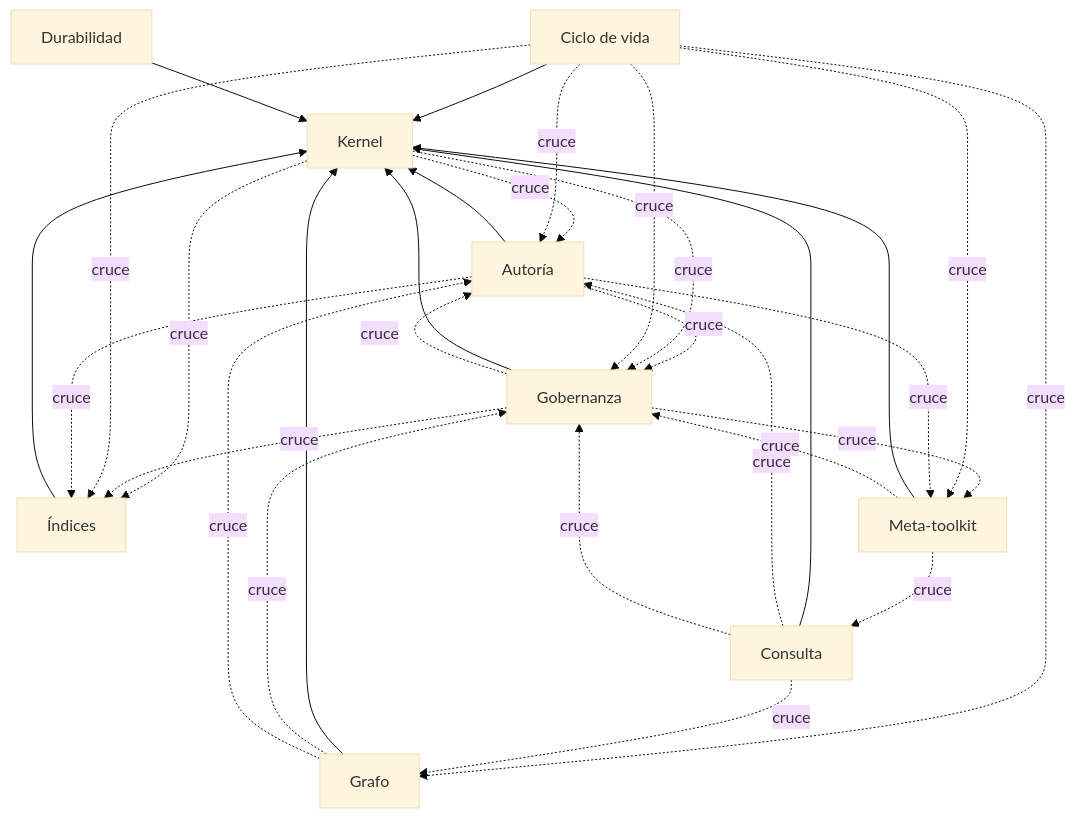
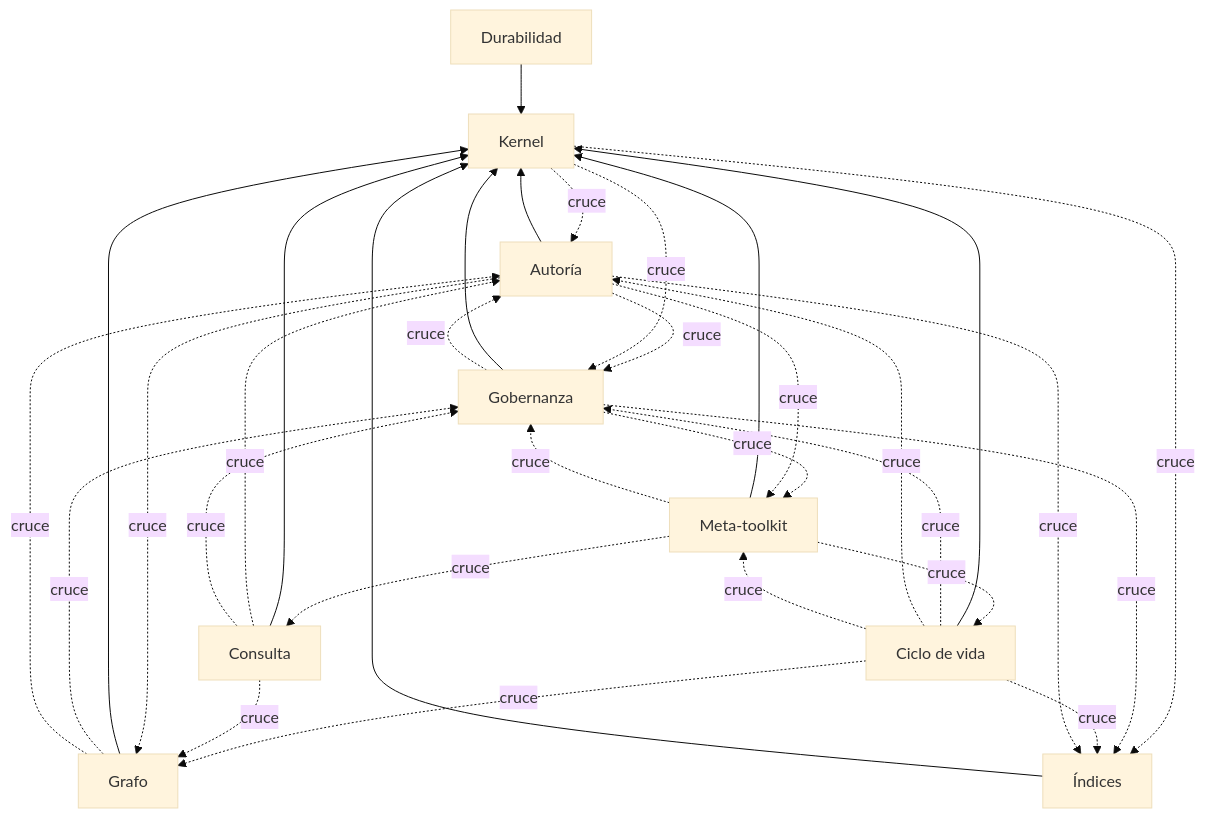
Before and after one commit to devcicm/Vault-Obsidian-Architecture: the diagram in docs/ARQUITECTURA.md, drawn with Mermaid (base theme). The commit also changed other lines of this file and 15 other files, not shown here.

````diff
--- a/docs/ARQUITECTURA.md
+++ b/docs/ARQUITECTURA.md
@@ -17,41 +17,43 @@
 ```mermaid
 graph TD
     kernel["Kernel"]
     autoria["Autoría"]
     grafo["Grafo"]
     gobernanza["Gobernanza"]
     indices["Índices"]
     consulta["Consulta"]
     ciclo_de_vida["Ciclo de vida"]
     durabilidad["Durabilidad"]
     meta_toolkit["Meta-toolkit"]
     autoria --> kernel
     grafo --> kernel
     gobernanza --> kernel
     indices --> kernel
     consulta --> kernel
     ciclo_de_vida --> kernel
     durabilidad --> kernel
     meta_toolkit --> kernel
     autoria -.->|cruce| gobernanza
     grafo -.->|cruce| gobernanza
     grafo -.->|cruce| autoria
     consulta -.->|cruce| autoria
     meta_toolkit -.->|cruce| gobernanza
     kernel -.->|cruce| autoria
     kernel -.->|cruce| gobernanza
     kernel -.->|cruce| indices
     meta_toolkit -.->|cruce| consulta
     gobernanza -.->|cruce| meta_toolkit
     gobernanza -.->|cruce| indices
     gobernanza -.->|cruce| autoria
     ciclo_de_vida -.->|cruce| gobernanza
     ciclo_de_vida -.->|cruce| indices
     ciclo_de_vida -.->|cruce| autoria
     consulta -.->|cruce| gobernanza
     ciclo_de_vida -.->|cruce| grafo
+    meta_toolkit -.->|cruce| ciclo_de_vida
     ciclo_de_vida -.->|cruce| meta_toolkit
     consulta -.->|cruce| grafo
     autoria -.->|cruce| meta_toolkit
     autoria -.->|cruce| indices
+    autoria -.->|cruce| grafo
 ```
````
